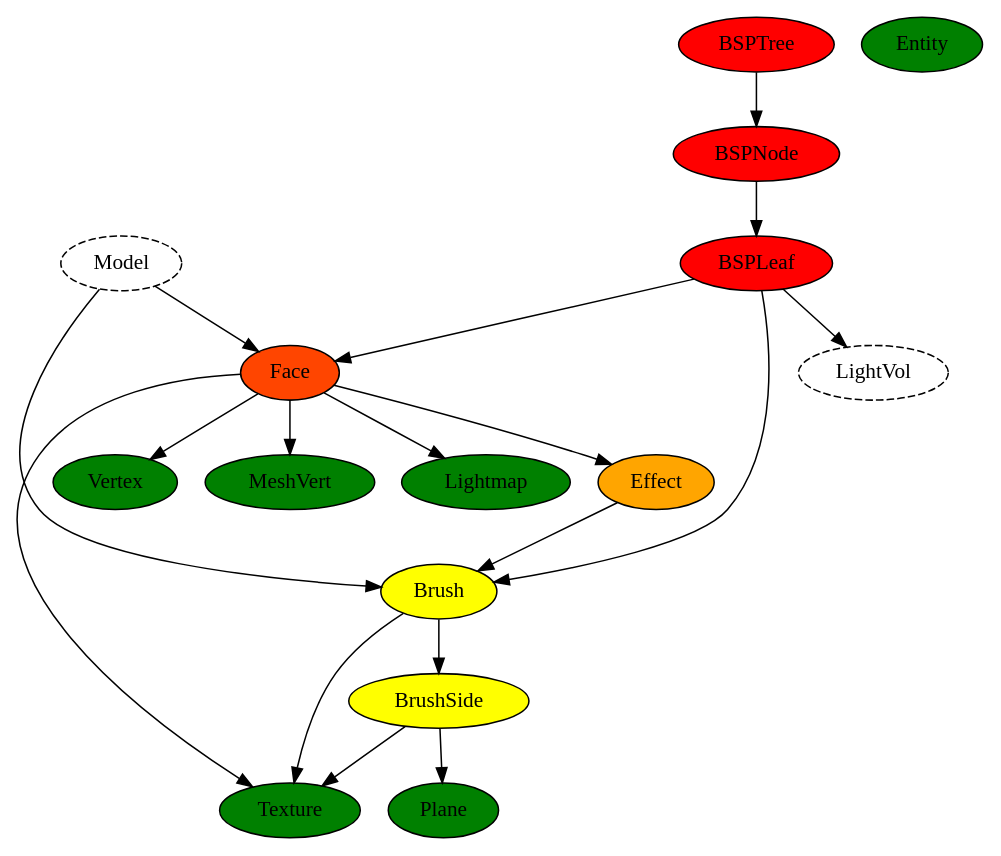
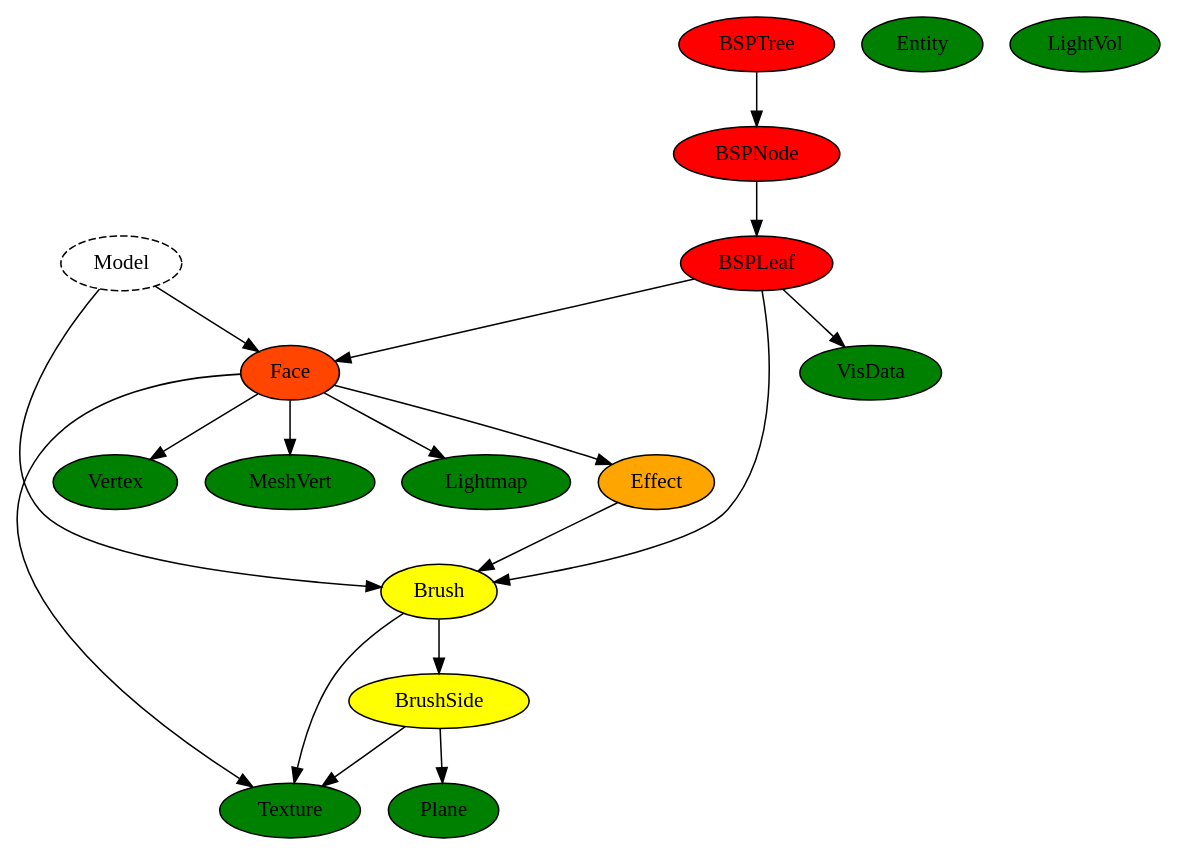
Before and after one commit to tcmal/rust-bsp: the diagram in structure.dot, drawn with Graphviz. The commit also changed 3 other files, not shown here.

Commit message:
Update graph & README

```diff
--- a/structure.dot
+++ b/structure.dot
@@ -1,27 +1,28 @@
 digraph G {
     "Brush" -> "Texture"
     "Brush" -> "BrushSide"
     "BrushSide" -> "Plane"
     "BrushSide" -> "Texture"
     "Effect" -> "Brush"
     "Entity"
+    "LightVol"
     "Face" -> "Texture"
     "Face" -> "Effect"
     "Face" -> "Vertex"
     "Face" -> "MeshVert"
     "Face" -> "Lightmap"
     "BSPTree" -> "BSPNode"
     "BSPNode" -> "BSPLeaf"
     "BSPLeaf" -> "Face"
     "BSPLeaf" -> "Brush"
-    "BSPLeaf" -> "LightVol"
+    "BSPLeaf" -> "VisData"
     "Model" -> "Face"
     "Model" -> "Brush"
 
-    Entity, Texture, Plane, Vertex, MeshVert, Lightmap, LightVol [ style=filled, fillcolor = green ]
+    Entity, Texture, Plane, Vertex, MeshVert, Lightmap, LightVol, VisData [ style=filled, fillcolor = green ]
     Brush, BrushSide [ style = filled, fillcolor = yellow ]
     Effect [ style = filled, fillcolor = orange ]
     Face [ style = filled, fillcolor = orangered ]
     BSPLeaf, BSPNode, BSPTree, Model [ style = filled, fillcolor = red ]
-    LightVol, Model [ style = dashed ]
+    Model [ style = dashed ]
 }
```
